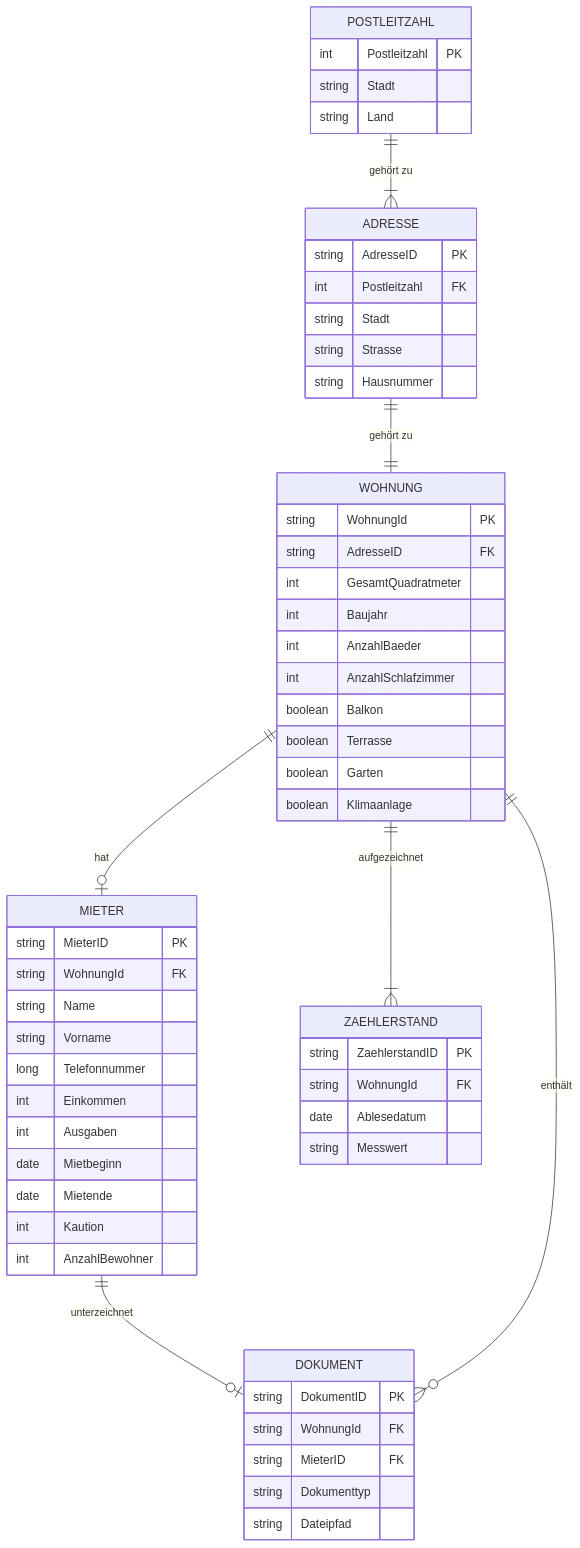
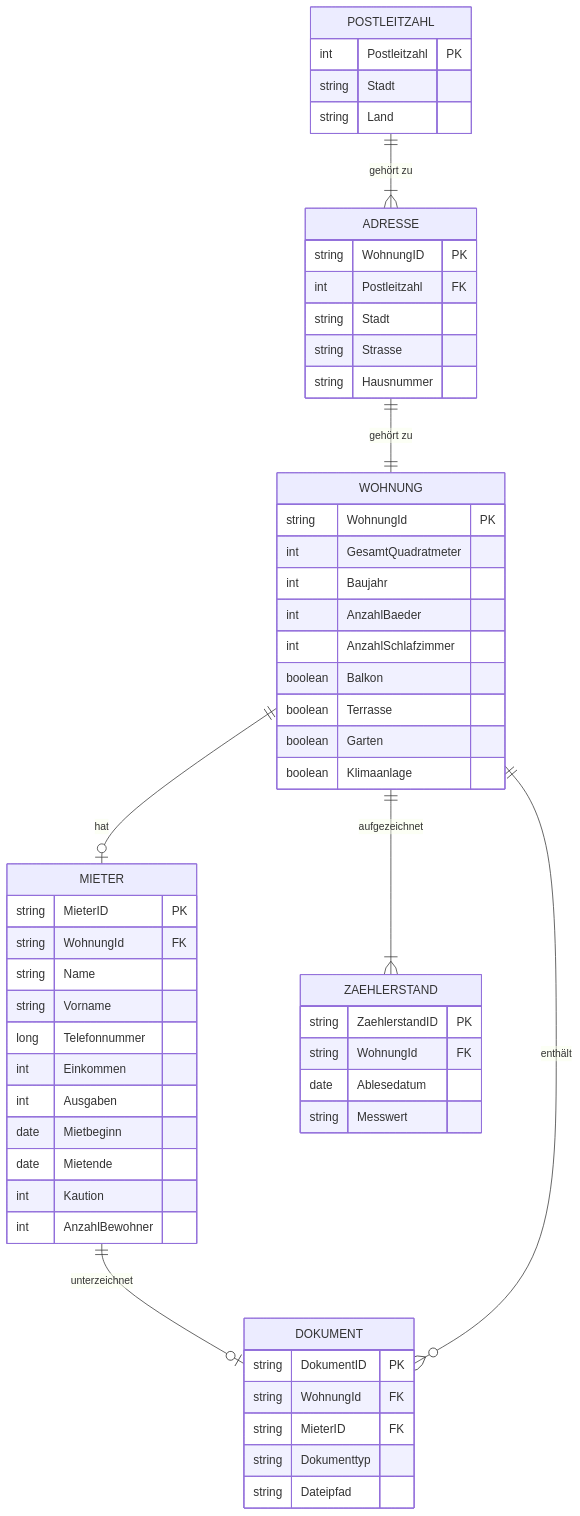
One commit to dav354/immobilienverwaltung changed the diagram in README.md. Above: the diagram before and after it, drawn with Mermaid. The commit also changed other lines of this file, not shown here.

````diff
--- a/README.md
+++ b/README.md
@@ -224,59 +225,58 @@
 ```mermaid
 erDiagram
     ADRESSE ||--|| WOHNUNG : "gehört zu"
     ADRESSE {
-        string AdresseID PK
+        string WohnungID PK
         int Postleitzahl FK
         string Stadt
         string Strasse
         string Hausnummer
     }
     POSTLEITZAHL ||--|{ ADRESSE : "gehört zu"
     POSTLEITZAHL {
         int Postleitzahl PK
         string Stadt
         string Land
     }
     WOHNUNG ||--o| MIETER : "hat"
     WOHNUNG {
         string WohnungId PK
-        string AdresseID FK
         int GesamtQuadratmeter
         int Baujahr
         int AnzahlBaeder
         int AnzahlSchlafzimmer
         boolean Balkon
         boolean Terrasse
         boolean Garten
         boolean Klimaanlage
     }
     MIETER ||--o| DOKUMENT : "unterzeichnet"
     MIETER {
         string MieterID PK
         string WohnungId FK
         string Name
         string Vorname
         long Telefonnummer
         int Einkommen
         int Ausgaben
         date Mietbeginn
         date Mietende
         int Kaution
         int AnzahlBewohner
     }
     WOHNUNG ||--o{ DOKUMENT : "enthält"
     DOKUMENT {
         string DokumentID PK
         string WohnungId FK
         string MieterID FK
         string Dokumenttyp
         string Dateipfad
     }
     WOHNUNG ||--|{ ZAEHLERSTAND : "aufgezeichnet"
     ZAEHLERSTAND {
         string ZaehlerstandID PK
         string WohnungId FK
         date Ablesedatum
         string Messwert
     }
 ```
````
